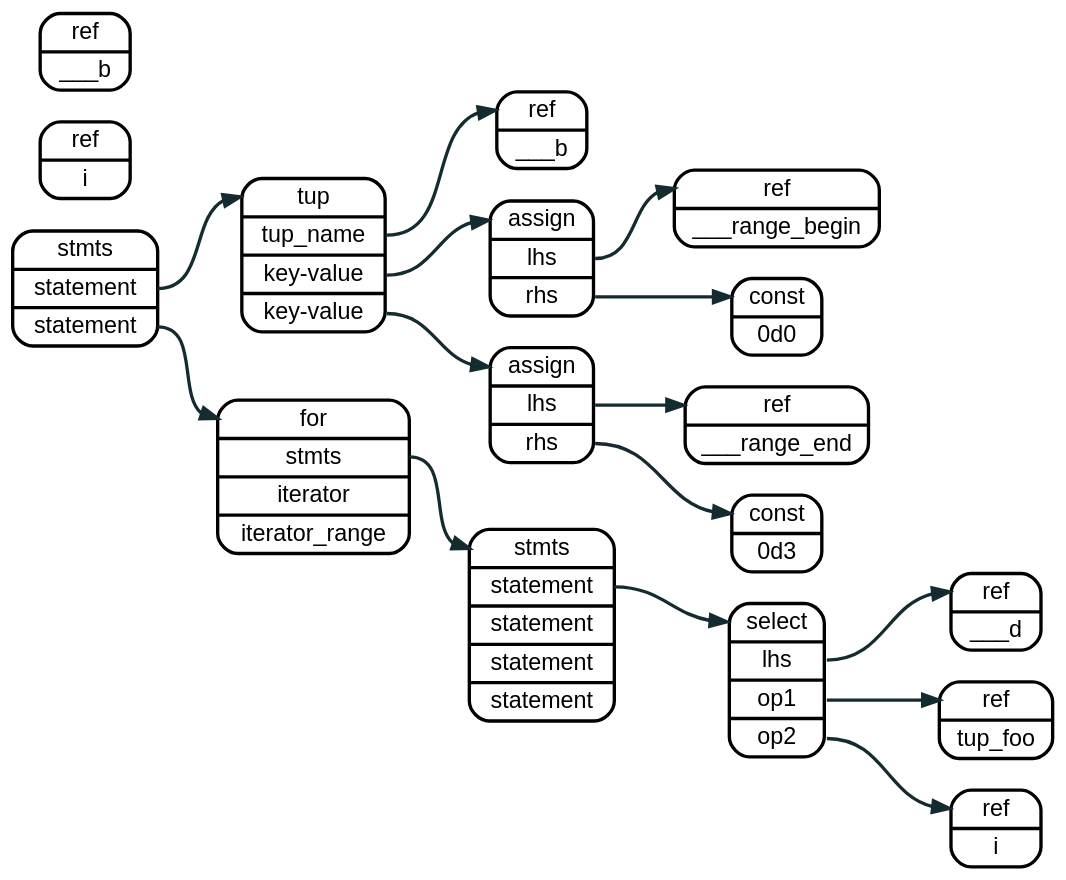
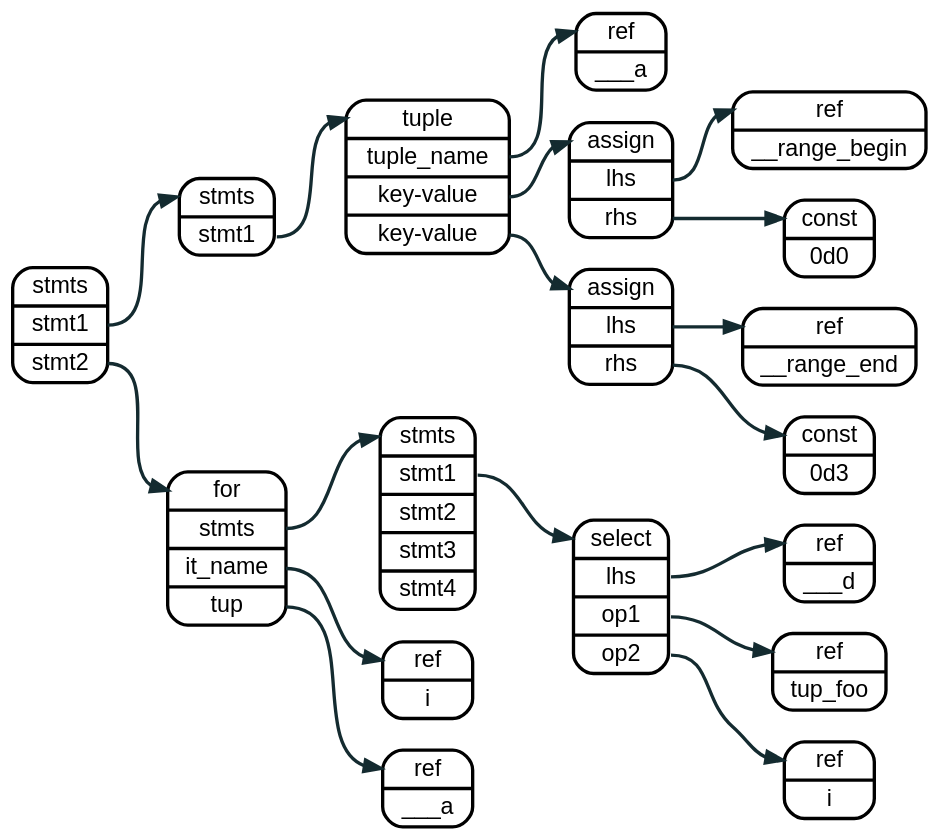
One commit to sakshi15108/lnast-doc changed the diagram in source/graphviz/for.dot. Above: the diagram before and after it, drawn with Graphviz. The commit also changed 29 other files, not shown here.

```diff
--- a/source/graphviz/for.dot
+++ b/source/graphviz/for.dot
@@ -1,54 +1,56 @@
 digraph assign {
   rankdir=LR
   bgcolor="transparent"
 
   node  [fontname = "helvetica", shape=record, style="rounded", penwidth = 2];
   edge  [fontname = "helvetica", color="#142b30", arrowhead="normal", penwidth = 2];
   graph [fontname = "helvetica"];
 
-  node0 [label = "<a> stmts | <s1> statement | <s2> statement"];
+  node0       [label = "<a> stmts | <s1> stmt1 | <s2> stmt2"];
 
-  node1 [label = "<a> tup | <n> tup_name | <kv1> key-value | <kv2> key-value"];
-  node2 [label = "<a> ref | <l> ___b"];
-
-  node3 [label = "<a> assign | <l> lhs  | <r> rhs"];
-  node4 [label = "<a> ref    | <l> ___range_begin"];
-  node5 [label = "<a> const  | <l> 0d0"];
-
-  node6 [label = "<a> assign | <l> lhs  | <r> rhs"];
-  node7 [label = "<a> ref    | <l> ___range_end"];
-  node8 [label = "<a> const  | <l> 0d3"];
-
-  nodea [label = "<a> for | <stmts0> stmts | <itr> iterator | <itrr> iterator_range"];
-  nodeb [label = "<a> stmts | <s1> statement | <s2> statement | <s3> statement | <s4> statement"];
-  nodec [label = "<a> ref | <l> i"];
-  noded [label = "<a> ref | <l> ___b"];
+  nodea [label = "<a> for | <stmts0> stmts | <itr> it_name | <itrr> tup"];
+  nodeb [label = "<a> stmts | <s1> stmt1 | <s2> stmt2 | <s3> stmt3 | <s4> stmt4"];
 
   nodee [label = "<a> select | <l> lhs | <r1> op1 | <r2> op2"];
   nodef [label = "<a> ref | <l> ___d"];
   nodeg [label = "<a> ref | <l> tup_foo"];
   nodeh [label = "<a> ref | <l> i"];
 
-  node0:s1 -> node1:a;
+  c1_itr  [label = "<a> ref | <l> i"];
+
+  c1_itrr  [label = "<a> ref | <l> ___a"];
+
+  c1       [label = "<a> stmts | <s1> stmt1"];
+
+  c1_tup   [label = "<a> tuple | <n> tuple_name | <kv1> key-value | <kv2> key-value"]
+  c1_tup_n [label = "<a> ref   | <l> ___a"];
+
+  c1_begin   [label = "<a> assign | <l> lhs  | <r> rhs"];
+  c1_begin:l -> c1_begin_l:a;
+  c1_begin:r -> c1_begin_r:a;
+  c1_begin_l [label = "<a> ref   | <l> __range_begin"];
+  c1_begin_r [label = "<a> const | <l> 0d0"];
+
+  c2_begin   [label = "<a> assign | <l> lhs  | <r> rhs"];
+  c2_begin:l -> c2_begin_l:a;
+  c2_begin:r -> c2_begin_r:a;
+  c2_begin_l [label = "<a> ref   | <l> __range_end"];
+  c2_begin_r [label = "<a> const | <l> 0d3"];
+
+  nodea:itr -> c1_itr:a;
+  nodea:itrr -> c1_itrr:a;
+  node0:s1 -> c1:a;
   node0:s2 -> nodea:a;
-
-  node1:n  -> node2:a;
-  node1:kv1 -> node3:a;
-  node1:kv2 -> node6:a;
-
-  node3:l -> node4:a;
-  node3:r -> node5:a;
-
-  node6:l -> node7:a;
-  node6:r -> node8:a;
+  c1:s1 -> c1_tup:a;
+  c1_tup:n -> c1_tup_n:a;
+  c1_tup:kv1 -> c1_begin:a;
+  c1_tup:kv2 -> c2_begin:a;
 
   nodea:stmts0 -> nodeb:a;
 
   nodeb:s1 -> nodee:a;
 
   nodee:l -> nodef:a;
   nodee:r1 -> nodeg:a;
   nodee:r2 -> nodeh:a;
-  
-
 }
```
